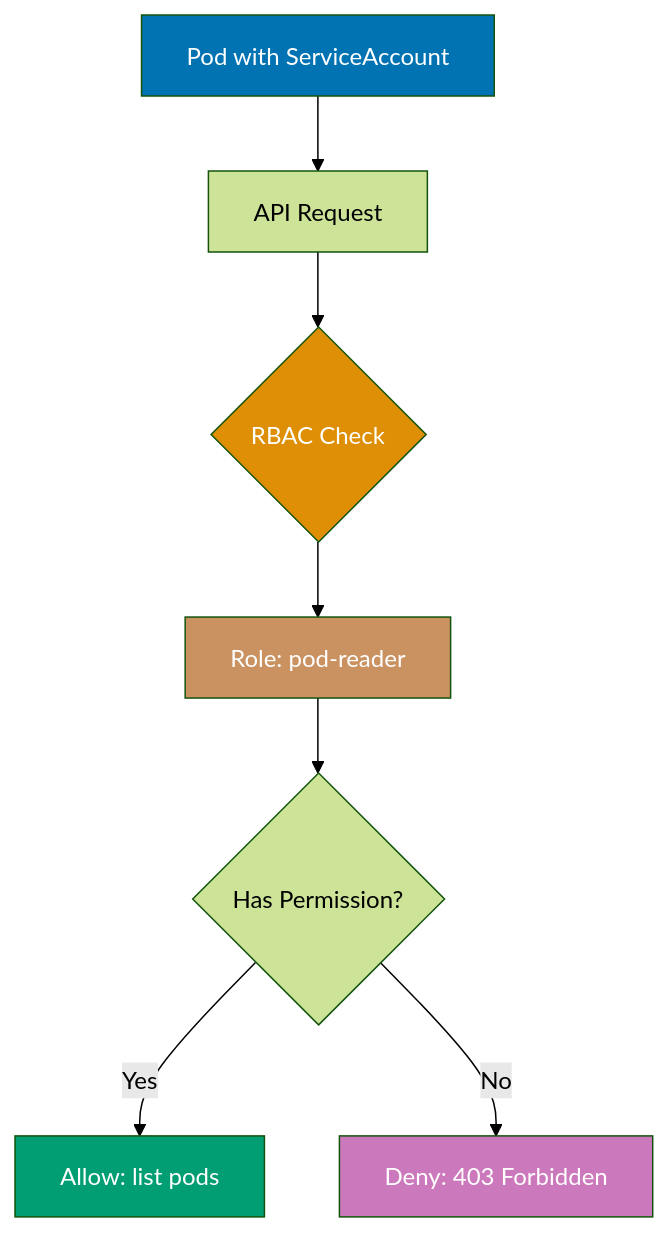
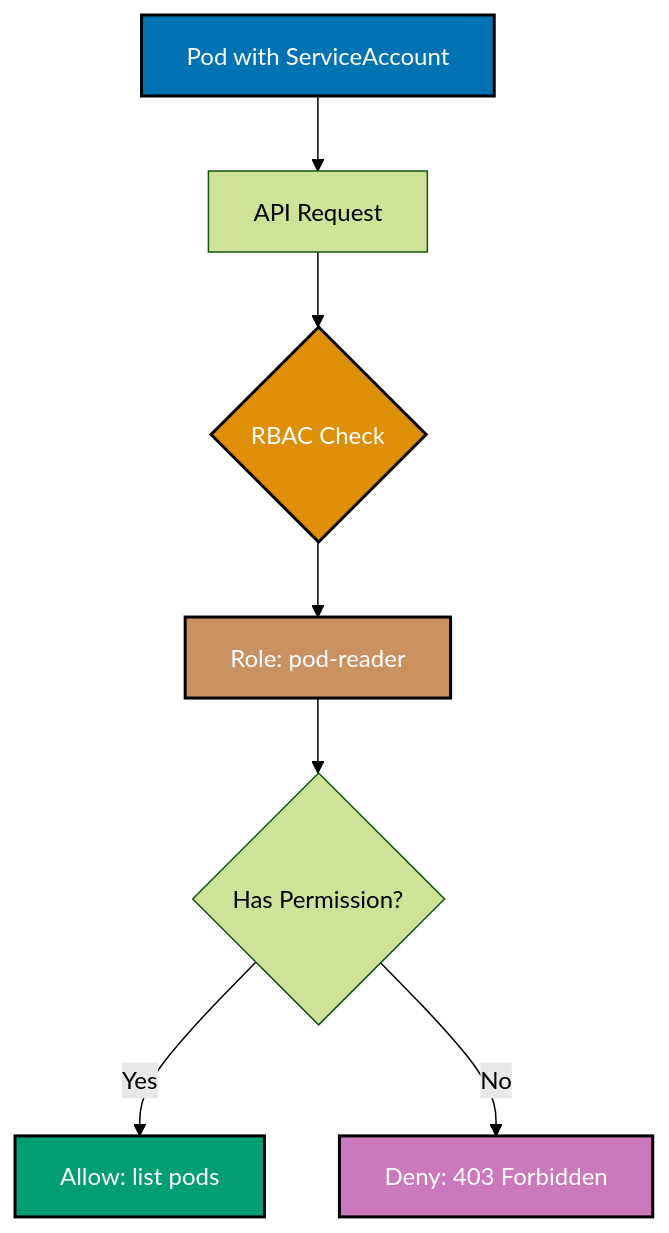
Before and after one commit to wahidyankf/open-sharia-enterprise: the first of 14 diagrams in apps/ayokoding-web/content/en/learn/software-engineering/infrastructure/tools/kubernetes/by-example/advanced.md, drawn with Mermaid (forest theme). The commit also changed other lines of this file and 25 other files, not shown here.

````diff
--- a/apps/ayokoding-web/content/en/learn/software-engineering/infrastructure/tools/kubernetes/by-example/advanced.md
+++ b/apps/ayokoding-web/content/en/learn/software-engineering/infrastructure/tools/kubernetes/by-example/advanced.md
@@ -34,16 +34,17 @@
 ```mermaid
+%% Color Palette: Blue #0173B2, Orange #DE8F05, Teal #029E73, Purple #CC78BC, Brown #CA9161
 %% RBAC authorization flow
 graph TD
  A[Pod with ServiceAccount] --> B[API Request]
  B --> C{RBAC Check}
  C --> D[Role: pod-reader]
  D --> E{Has Permission?}
  E -->|Yes| F[Allow: list pods]
  E -->|No| G[Deny: 403 Forbidden]
 
- style A fill:#0173B2,color:#fff
- style C fill:#DE8F05,color:#fff
- style D fill:#CA9161,color:#fff
- style F fill:#029E73,color:#fff
- style G fill:#CC78BC,color:#fff
+ style A fill:#0173B2,stroke:#000000,stroke-width:2px,color:#fff
+ style C fill:#DE8F05,stroke:#000000,stroke-width:2px,color:#fff
+ style D fill:#CA9161,stroke:#000000,stroke-width:2px,color:#fff
+ style F fill:#029E73,stroke:#000000,stroke-width:2px,color:#fff
+ style G fill:#CC78BC,stroke:#000000,stroke-width:2px,color:#fff
 ```
````
